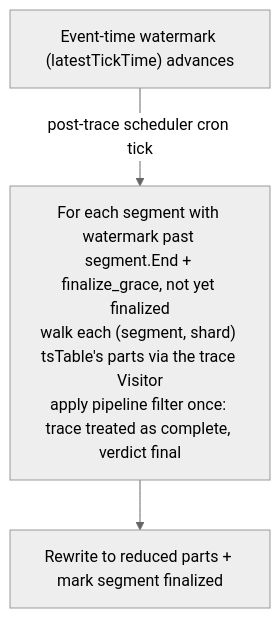
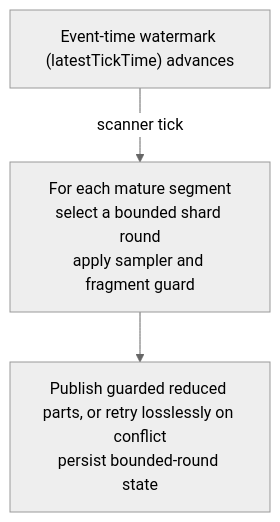
One commit to apache/skywalking-banyandb changed the fifth of 6 diagrams in docs/design/post-trace-pipeline.md. Above: the diagram before and after it, drawn with Mermaid (neutral theme). The commit also changed other lines of this file and 37 other files, not shown here.

Commit message:
feat(trace): guard fragment sampling across parts

````diff
--- a/docs/design/post-trace-pipeline.md
+++ b/docs/design/post-trace-pipeline.md
@@ -622,6 +658,6 @@
 ```mermaid
 flowchart TD
     WM["Event-time watermark (latestTickTime) advances"]
-    WM -->|"post-trace scheduler cron tick"| SEG["For each segment with watermark past segment.End + finalize_grace, not yet finalized<br/>walk each (segment, shard) tsTable's parts via the trace Visitor<br/>apply pipeline filter once: trace treated as complete, verdict final"]
-    SEG --> RW["Rewrite to reduced parts + mark segment finalized"]
+    WM -->|"scanner tick"| SEG["For each mature segment<br/>select a bounded shard round<br/>apply sampler and fragment guard"]
+    SEG --> RW["Publish guarded reduced parts, or retry losslessly on conflict<br/>persist bounded-round state"]
 ```
````
